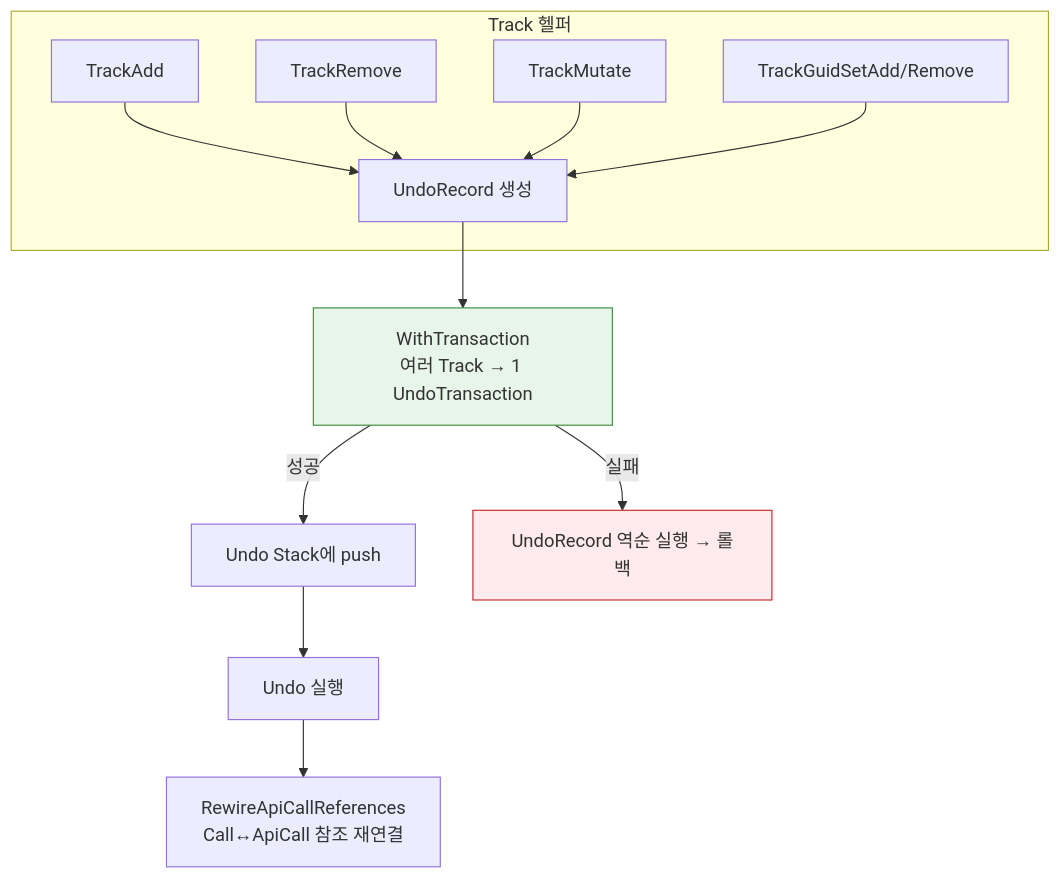
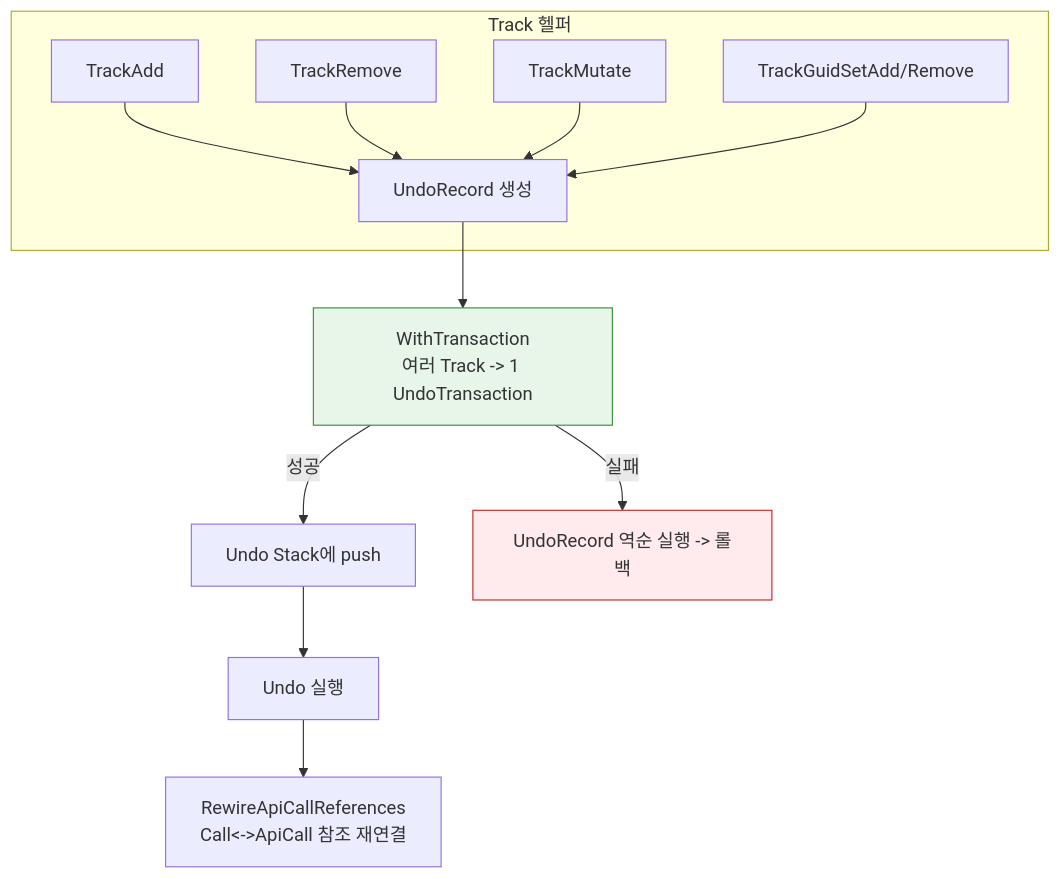
The sixth of 7 diagrams in README.md (DualsoftDev/ds2), drawn with Mermaid before and after one commit. The commit also changed other lines of this file and 5 other files, not shown here.

````diff
--- a/README.md
+++ b/README.md
@@ -184,19 +206,19 @@
 ```mermaid
 graph TD
     subgraph "Track 헬퍼"
         TA["TrackAdd"] --> UR["UndoRecord 생성"]
         TR["TrackRemove"] --> UR
         TM["TrackMutate"] --> UR
         TG["TrackGuidSetAdd/Remove"] --> UR
     end
 
-    UR --> WT["WithTransaction<br/>여러 Track → 1 UndoTransaction"]
+    UR --> WT["WithTransaction<br/>여러 Track -> 1 UndoTransaction"]
     WT -->|성공| US["Undo Stack에 push"]
-    WT -->|실패| RB["UndoRecord 역순 실행 → 롤백"]
+    WT -->|실패| RB["UndoRecord 역순 실행 -> 롤백"]
 
     US --> UNDO["Undo 실행"]
-    UNDO --> RW["RewireApiCallReferences<br/>Call↔ApiCall 참조 재연결"]
+    UNDO --> RW["RewireApiCallReferences<br/>Call<->ApiCall 참조 재연결"]
 
     style WT fill:#e8f5e9,stroke:#388e3c
     style RB fill:#ffebee,stroke:#c62828
 ```
````
